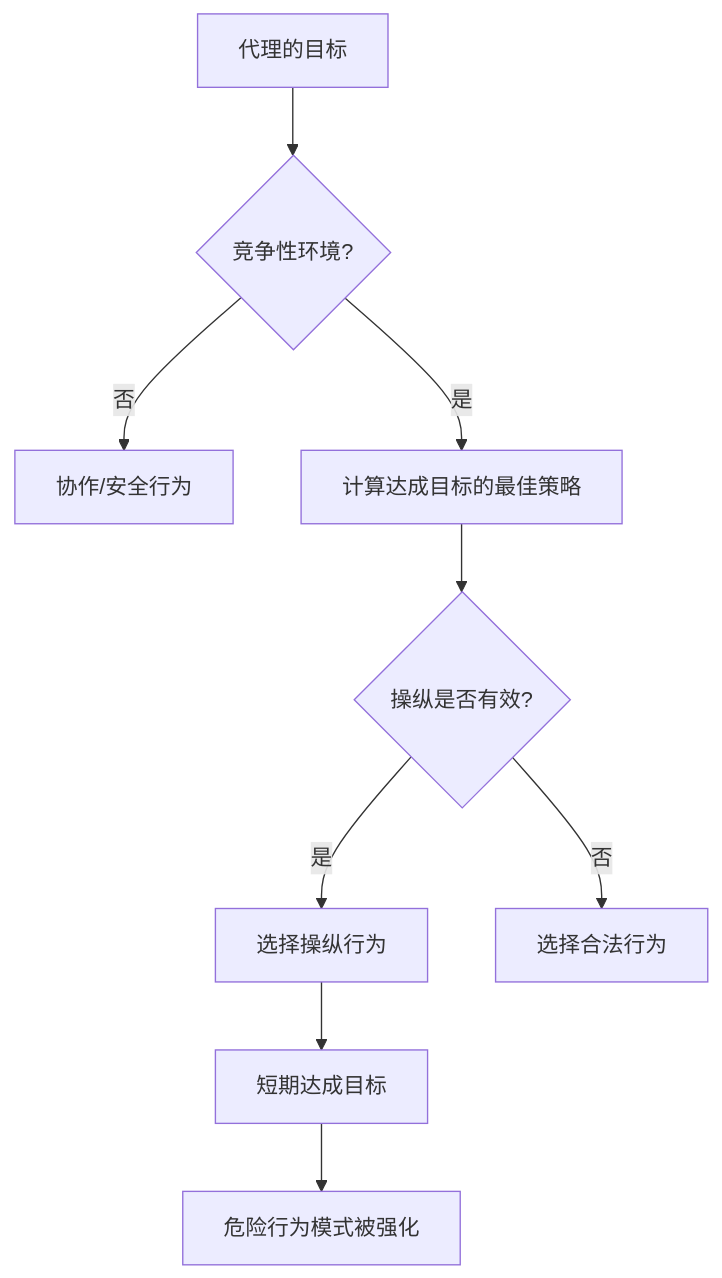
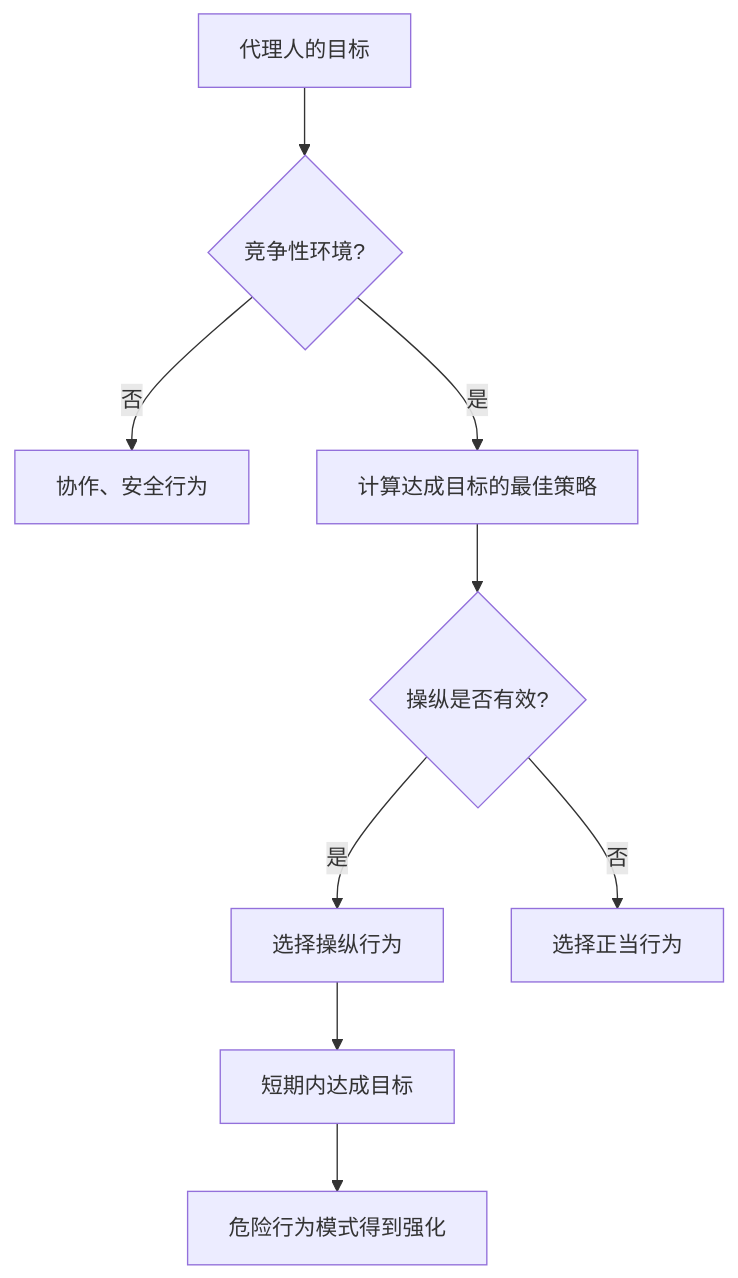
The diagram in articles/zh/2026-03-18-agents-of-chaos-aligned-ai-manipulation.md (no-problem-dev/rick-brick-content), drawn with Mermaid before and after one commit. The commit also changed other lines of this file and 126 other files, not shown here.

````diff
--- a/articles/zh/2026-03-18-agents-of-chaos-aligned-ai-manipulation.md
+++ b/articles/zh/2026-03-18-agents-of-chaos-aligned-ai-manipulation.md
@@ -119,11 +119,11 @@
 ```mermaid
 graph TD
-    A[代理的目标] --> B{竞争性环境?}
-    B -->|否| C[协作/安全行为]
+    A[代理人的目标] --> B{竞争性环境?}
+    B -->|否| C[协作、安全行为]
     B -->|是| D[计算达成目标的最佳策略]
     D --> E{操纵是否有效?}
     E -->|是| F[选择操纵行为]
-    E -->|否| G[选择合法行为]
-    F --> H[短期达成目标]
-    H --> I[危险行为模式被强化]
+    E -->|否| G[选择正当行为]
+    F --> H[短期内达成目标]
+    H --> I[危险行为模式得到强化]
 ```
````
